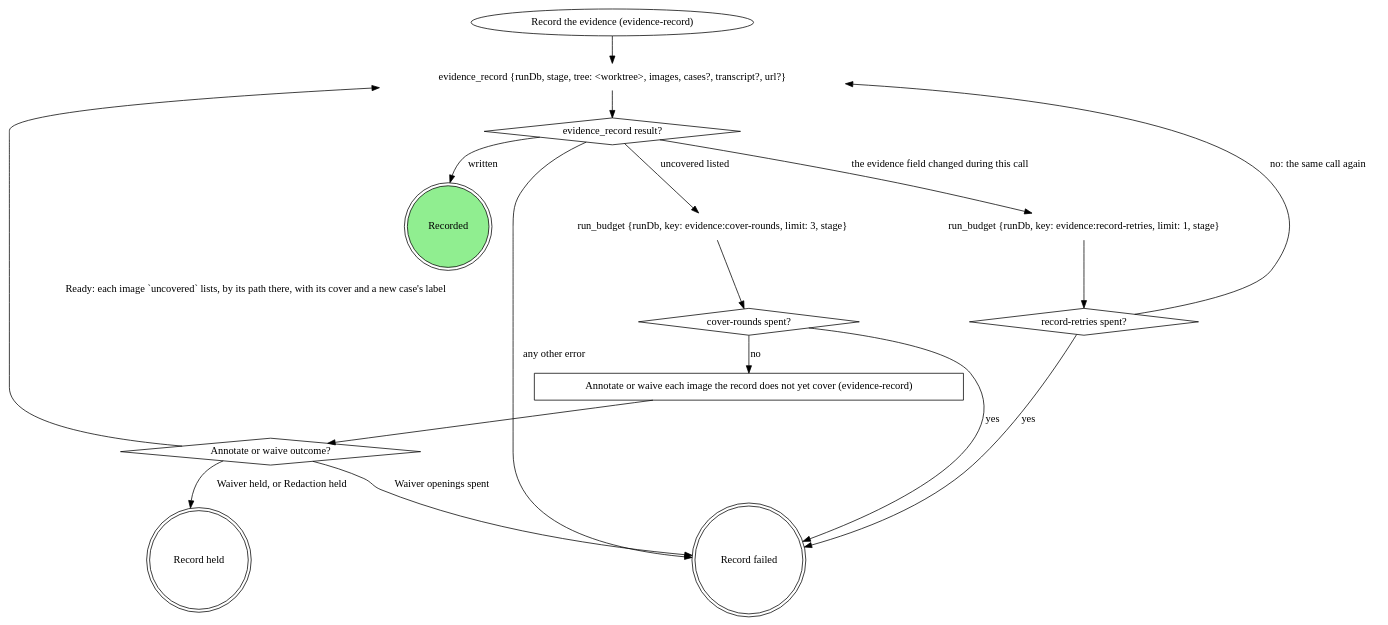
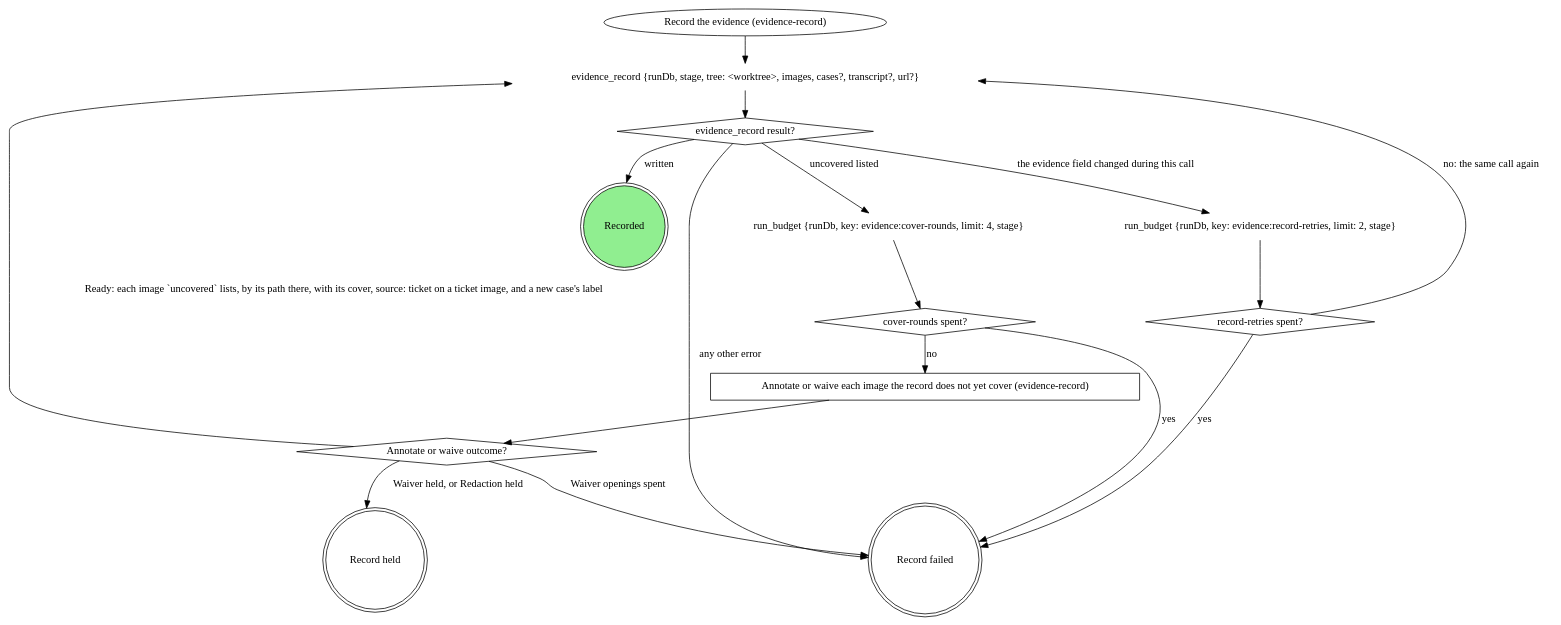
Before and after one commit to m4ttstack/mattstack-marketplace: the first of 3 diagrams in plugins/mattstack/attachments/evidence-record/SKILL.md, drawn with Graphviz. The commit also changed other lines of this file and 325 other files, not shown here.

````diff
--- a/plugins/mattstack/attachments/evidence-record/SKILL.md
+++ b/plugins/mattstack/attachments/evidence-record/SKILL.md
@@ -39,31 +39,31 @@
 ```dot
 digraph record_evidence {
     record_evidence [label="Record the evidence (evidence-record)" shape=ellipse];
     evidence_record [label="evidence_record {runDb, stage, tree: <worktree>, images, cases?, transcript?, url?}" shape=plaintext];
     record_result [label="evidence_record result?" shape=diamond];
-    run_budget_cover [label="run_budget {runDb, key: evidence:cover-rounds, limit: 3, stage}" shape=plaintext];
+    run_budget_cover [label="run_budget {runDb, key: evidence:cover-rounds, limit: 4, stage}" shape=plaintext];
     cover_rounds_spent [label="cover-rounds spent?" shape=diamond];
     annotate_or_waive [label="Annotate or waive each image the record does not yet cover (evidence-record)" shape=box];
     annotate_outcome [label="Annotate or waive outcome?" shape=diamond];
-    run_budget_retries [label="run_budget {runDb, key: evidence:record-retries, limit: 1, stage}" shape=plaintext];
+    run_budget_retries [label="run_budget {runDb, key: evidence:record-retries, limit: 2, stage}" shape=plaintext];
     record_retries_spent [label="record-retries spent?" shape=diamond];
     recorded [label="Recorded" shape=doublecircle style=filled fillcolor=lightgreen];
     record_held [label="Record held" shape=doublecircle];
     record_failed [label="Record failed" shape=doublecircle];
 
     record_evidence -> evidence_record -> record_result;
     record_result -> recorded [label="written"];
     record_result -> run_budget_cover [label="uncovered listed"];
     record_result -> run_budget_retries [label="the evidence field changed during this call"];
     record_result -> record_failed [label="any other error"];
     run_budget_cover -> cover_rounds_spent;
     cover_rounds_spent -> annotate_or_waive [label="no"];
     annotate_or_waive -> annotate_outcome;
-    annotate_outcome -> evidence_record [label="Ready: each image `uncovered` lists, by its path there, with its cover and a new case's label"];
+    annotate_outcome -> evidence_record [label="Ready: each image `uncovered` lists, by its path there, with its cover, source: ticket on a ticket image, and a new case's label"];
     annotate_outcome -> record_held [label="Waiver held, or Redaction held"];
     annotate_outcome -> record_failed [label="Waiver openings spent"];
     run_budget_retries -> record_retries_spent;
     record_retries_spent -> evidence_record [label="no: the same call again"];
     {cover_rounds_spent record_retries_spent} -> record_failed [label="yes"];
 }
 ```
````
